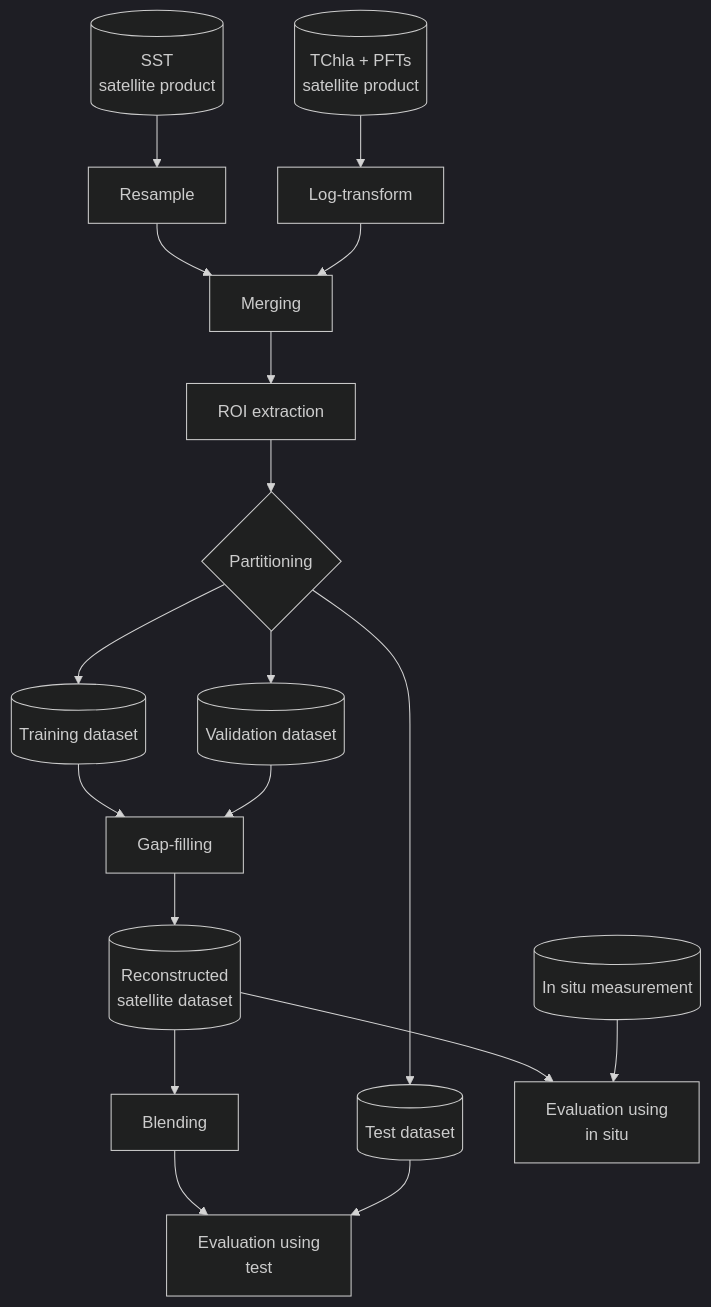
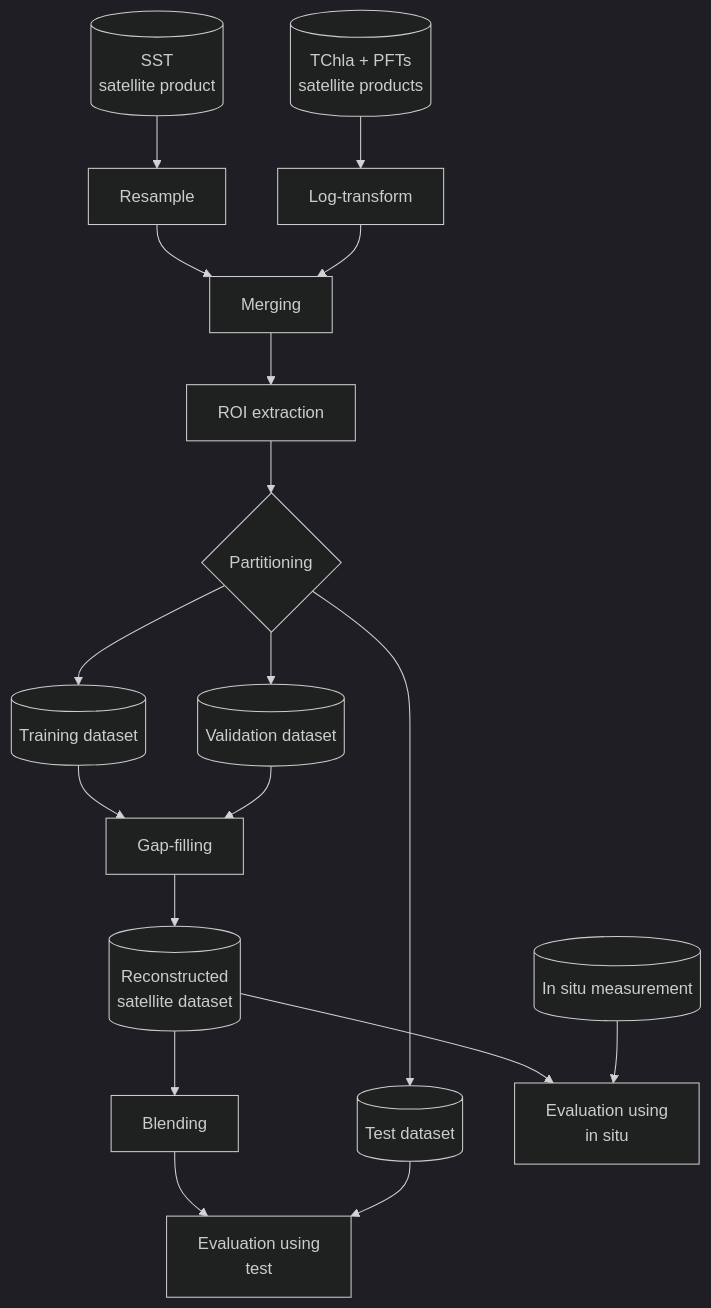
The diagram in README.md (EhsanMehdipour/PFT_gapfilling), drawn with Mermaid (dark theme) before and after one commit.

````diff
--- a/README.md
+++ b/README.md
@@ -42,35 +42,35 @@
 ```mermaid
 flowchart TD
     A1@{shape: cyl, label: "SST
     satellite product" }
     %% A1[SST]
     A2@{shape: cyl, label: "TChla + PFTs 
-    satellite product" }
+    satellite products" }
     %% A2[TChla+5PFT]
     A3@{shape: cyl, label: "In situ measurement" }
     %% A3[In situ]
 
     A1-->D[Resample]
     A2-->E[Log-transform]
     D-->F[Merging]
     E-->F
     F-->G[ROI extraction]
     G-->H{Partitioning}
 
     H-->I1@{shape: cyl, label: "Training dataset"}
     H-->I2@{shape: cyl, label: "Validation dataset"}
     H-->I3@{shape: cyl, label: "Test dataset"}
 
     I1-->J[Gap-filling]
     I2-->J
 
     J-->K@{shape: cyl, label: "Reconstructed 
     satellite dataset"}
     K-->L[Blending]
     L-->N[Evaluation using 
     test]
     K-->M
     A3-->M[Evaluation using 
     in situ]
     I3-->N
 ```
````
